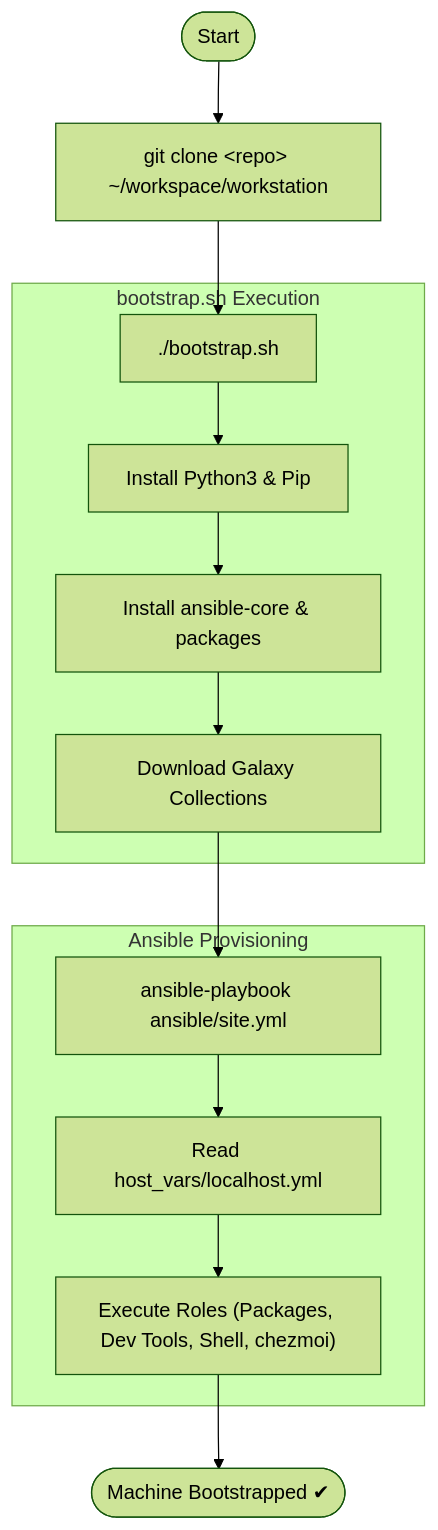
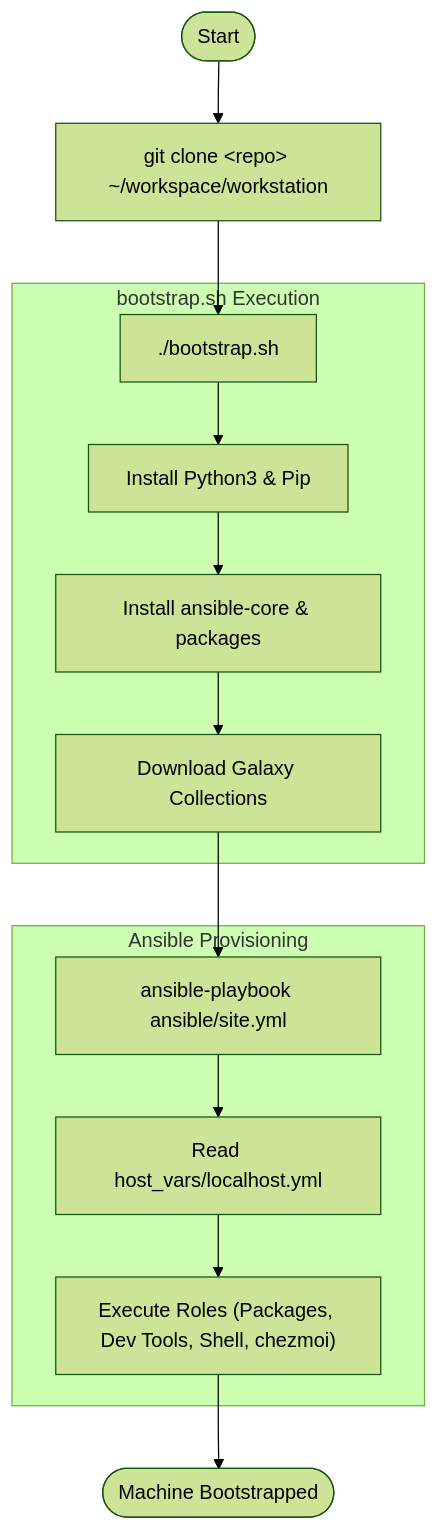
Before and after one commit to bleviet/workstation: the diagram in docs/provisioning/quick-start.md, drawn with Mermaid (forest theme). The commit also changed 10 other files, not shown here.

````diff
--- a/docs/provisioning/quick-start.md
+++ b/docs/provisioning/quick-start.md
@@ -3,16 +3,16 @@
 ```mermaid
 flowchart TD
     Start([Start]) --> Clone["git clone &lt;repo&gt; ~/workspace/workstation"]
     Clone --> RunScript["./bootstrap.sh"]
     subgraph Bootstrap ["bootstrap.sh Execution"]
         RunScript --> InstDeps["Install Python3 & Pip"]
         InstDeps --> InstAnsible["Install ansible-core & packages"]
         InstAnsible --> Galaxy["Download Galaxy Collections"]
     end
     Galaxy --> RunPlaybook["ansible-playbook ansible/site.yml"]
     subgraph Provisioning ["Ansible Provisioning"]
         RunPlaybook --> ReadHostVars["Read host_vars/localhost.yml"]
         ReadHostVars --> ExecRoles["Execute Roles (Packages, Dev Tools, Shell, chezmoi)"]
     end
-    ExecRoles --> Done([Machine Bootstrapped ✔])
+    ExecRoles --> Done([Machine Bootstrapped])
 ```
````
